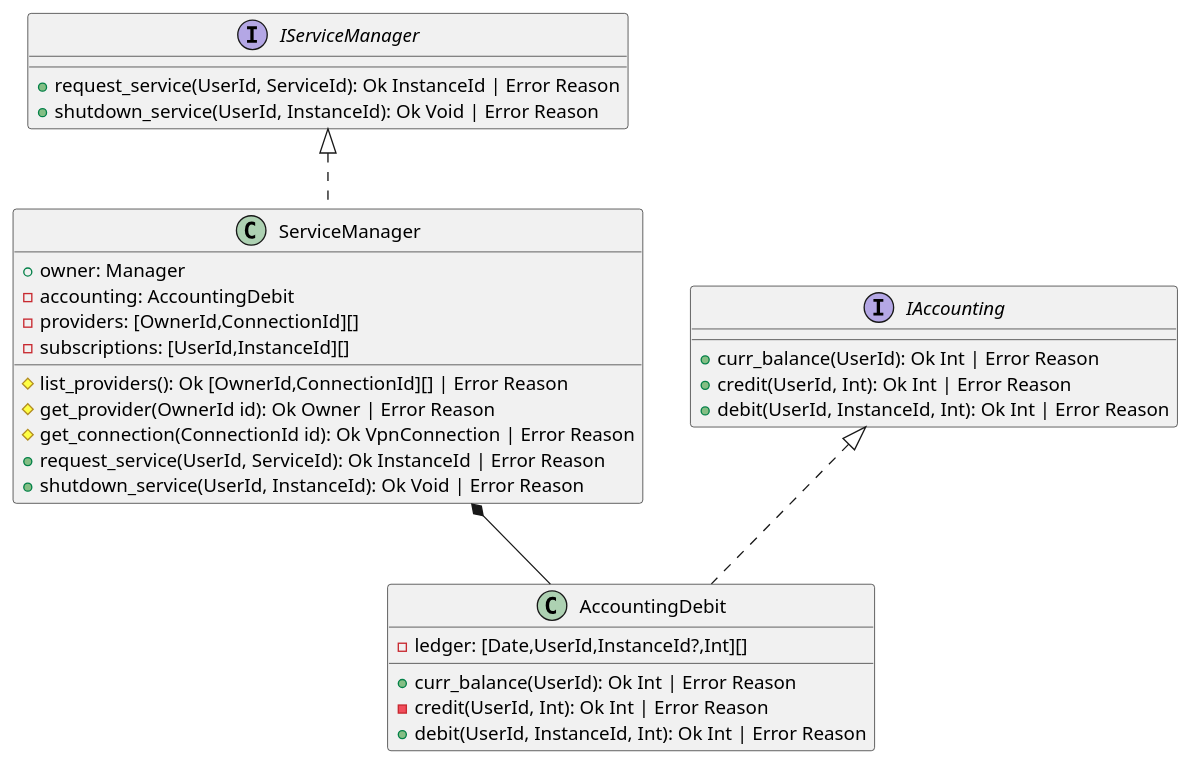
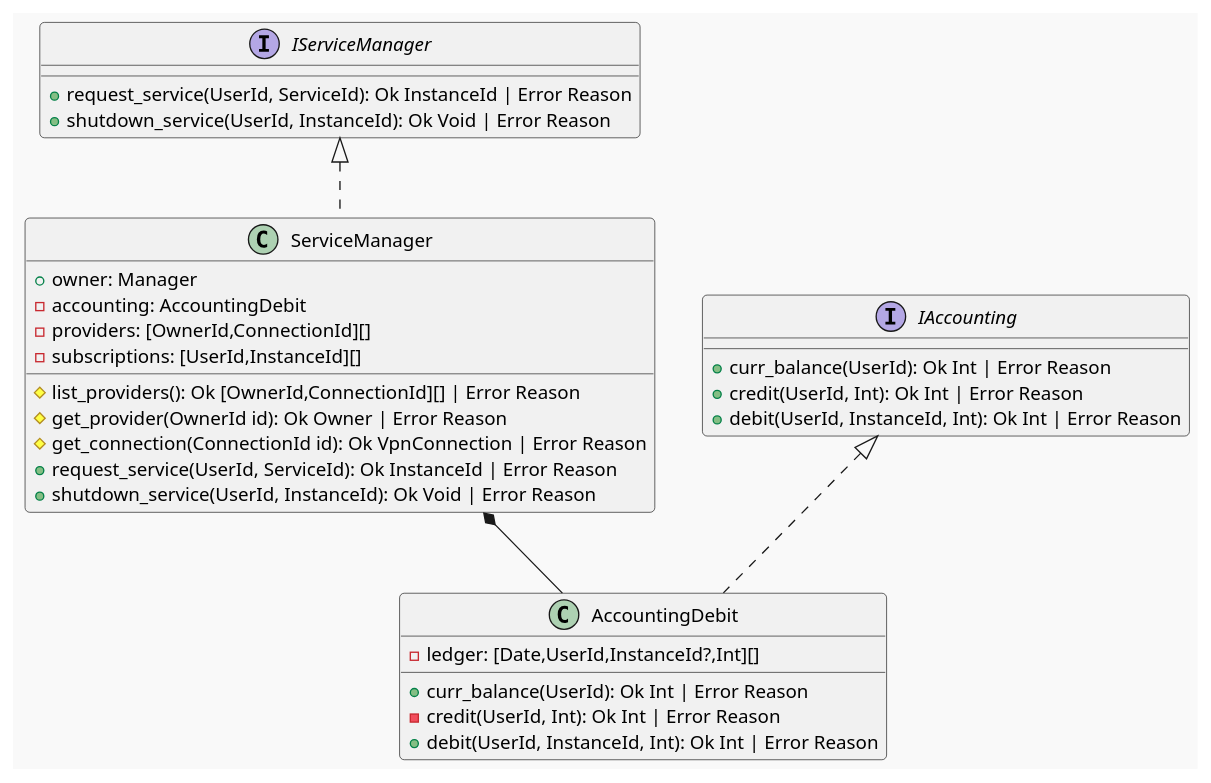
The sixth of 6 diagrams in doc/img/UC2.puml (Blockchain-Data-Analytics/BCA-Service-Tokenization), drawn with PlantUML before and after one commit. The commit also changed other lines of this file and 16 other files, not shown here.

```diff
--- a/doc/img/UC2.puml
+++ b/doc/img/UC2.puml
@@ -237,37 +241,39 @@
 @startuml Iface-Billing
+
+!theme mars
 
 interface IServiceManager {
     +request_service(UserId, ServiceId): Ok InstanceId | Error Reason
     +shutdown_service(UserId, InstanceId): Ok Void | Error Reason
 }
 class ServiceManager {
     +owner: Manager
     -accounting: AccountingDebit
     -providers: [OwnerId,ConnectionId][]
     -subscriptions: [UserId,InstanceId][]
     #list_providers(): Ok [OwnerId,ConnectionId][] | Error Reason
     #get_provider(OwnerId id): Ok Owner | Error Reason
     #get_connection(ConnectionId id): Ok VpnConnection | Error Reason
     +request_service(UserId, ServiceId): Ok InstanceId | Error Reason
     +shutdown_service(UserId, InstanceId): Ok Void | Error Reason
 }
 
 class ServiceManager implements IServiceManager
 
 interface IAccounting {
     +curr_balance(UserId): Ok Int | Error Reason
     +credit(UserId, Int): Ok Int | Error Reason
     +debit(UserId, InstanceId, Int): Ok Int | Error Reason
 }
 class AccountingDebit {
     -ledger: [Date,UserId,InstanceId?,Int][]
     +curr_balance(UserId): Ok Int | Error Reason
     -credit(UserId, Int): Ok Int | Error Reason
     +debit(UserId, InstanceId, Int): Ok Int | Error Reason
 }
 
 class AccountingDebit implements IAccounting
 
 ServiceManager *-- AccountingDebit
 
 @enduml
```
